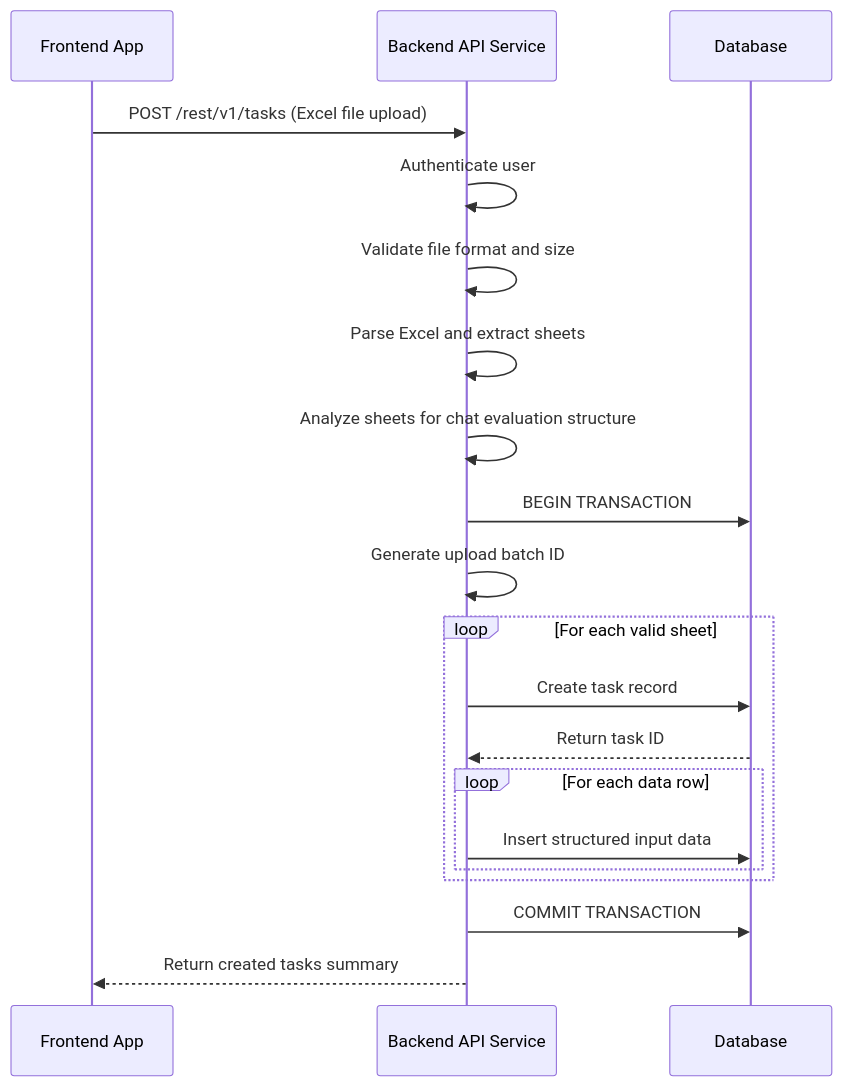
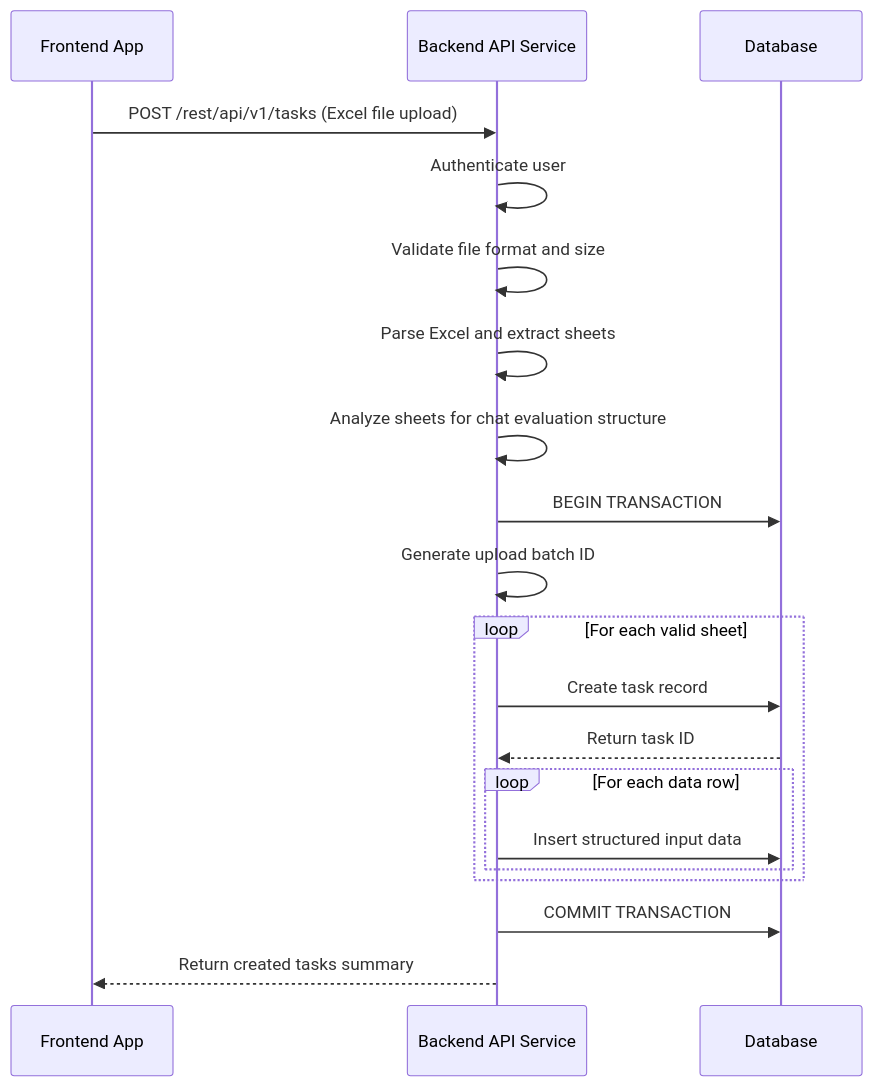
One commit to andrewhzy/SpringHttpClientDataJpaDemo changed the first of 9 diagrams in docs/sequence-diagrams-api-handling.md. Above: the diagram before and after it, drawn with Mermaid. The commit also changed other lines of this file and 8 other files, not shown here.

````diff
--- a/docs/sequence-diagrams-api-handling.md
+++ b/docs/sequence-diagrams-api-handling.md
@@ -26,27 +26,27 @@
 ```mermaid
 sequenceDiagram
     participant FE as Frontend App
     participant API as Backend API Service
     participant DB as Database
     
-    FE->>API: POST /rest/v1/tasks (Excel file upload)
+    FE->>API: POST /rest/api/v1/tasks (Excel file upload)
     API->>API: Authenticate user
     API->>API: Validate file format and size
     API->>API: Parse Excel and extract sheets
     API->>API: Analyze sheets for chat evaluation structure
     
     API->>DB: BEGIN TRANSACTION
     API->>API: Generate upload batch ID
     
     loop For each valid sheet
         API->>DB: Create task record
         DB-->>API: Return task ID
         
         loop For each data row
             API->>DB: Insert structured input data
         end
     end
     
     API->>DB: COMMIT TRANSACTION
     API-->>FE: Return created tasks summary
 ```
````
